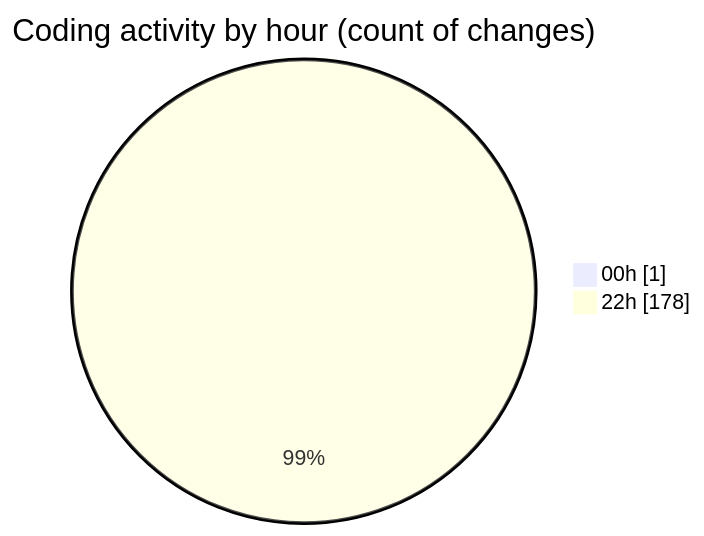
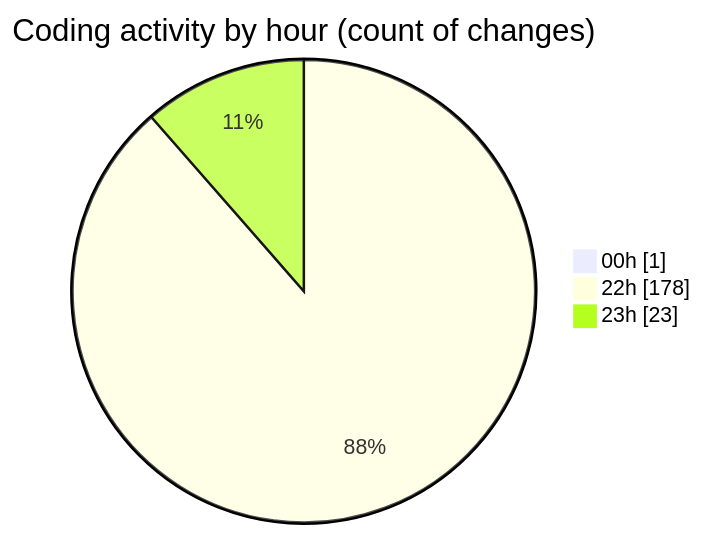
The second of 2 diagrams in 2025-08-04/javascript/README.md (Ritupan-Deka/code-tracking), drawn with Mermaid before and after one commit. The commit also changed other lines of this file and 1 other file, not shown here.

````diff
--- a/2025-08-04/javascript/README.md
+++ b/2025-08-04/javascript/README.md
@@ -29,6 +30,7 @@
 ```mermaid
 pie showData
 title Coding activity by hour (count of changes)
 "00h" : 1
 "22h" : 178
+"23h" : 23
 ```
````
